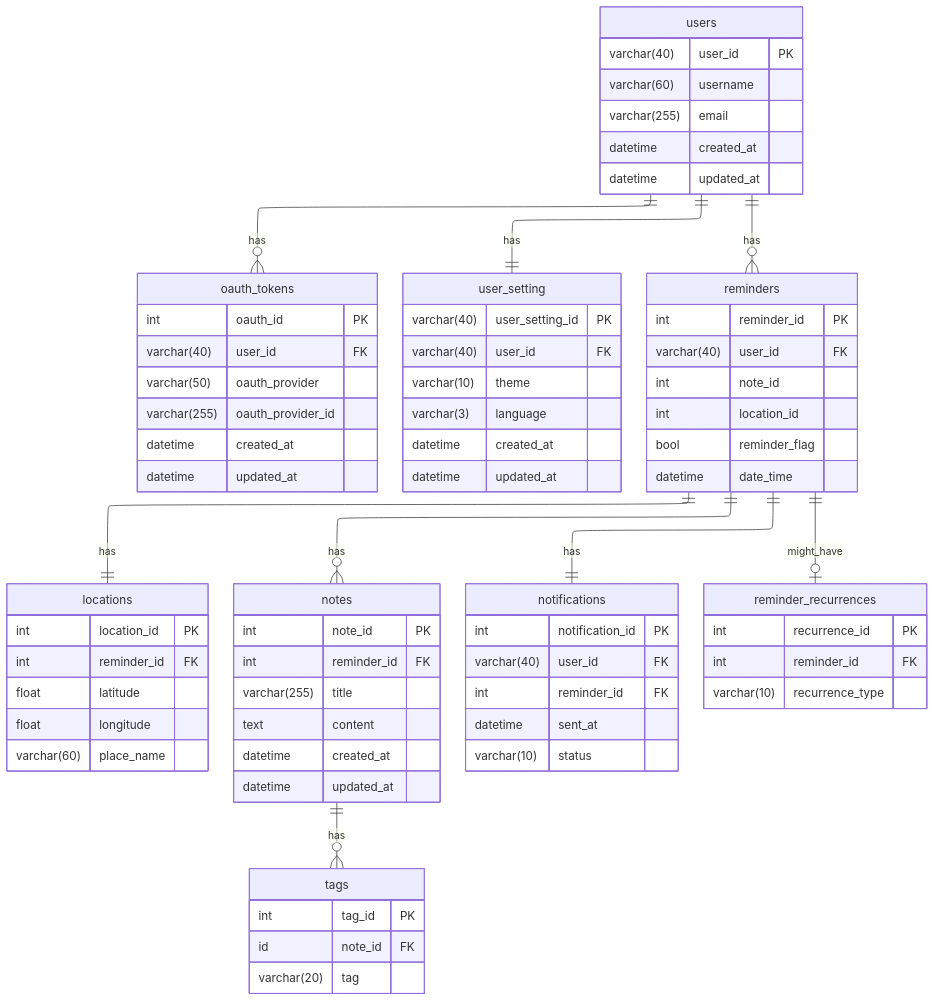
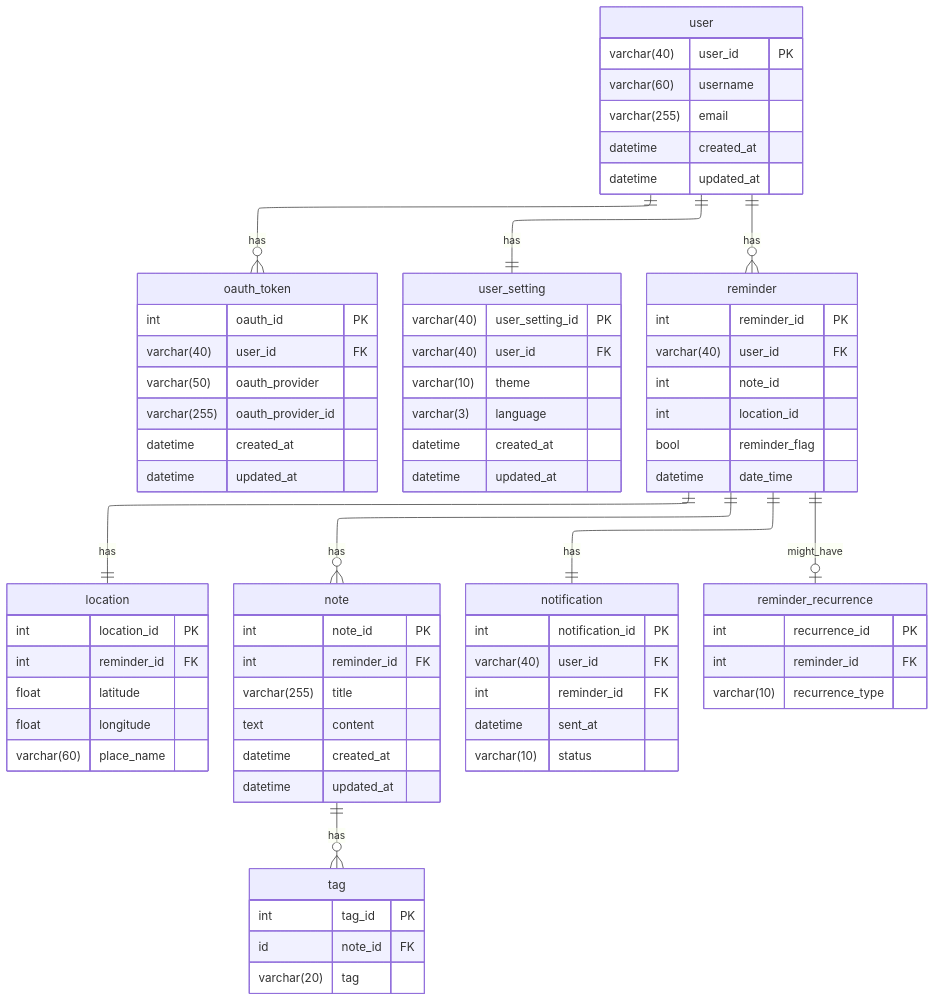
Before and after one commit to MapMinder/mapminder_documents: the diagram in er_diagram.md, drawn with Mermaid.

Commit message:
fix: fixed table names

````diff
--- a/er_diagram.md
+++ b/er_diagram.md
@@ -7,7 +7,7 @@
 ---
 erDiagram
 
-oauth_tokens {
+oauth_token {
     int oauth_id PK
     varchar(40) user_id FK 
     varchar(50) oauth_provider
@@ -25,7 +25,7 @@
     datetime updated_at
 }
 
-users {
+user {
     varchar(40) user_id PK
     varchar(60) username
     varchar(255) email
@@ -33,13 +33,13 @@
     datetime updated_at
 }
 
-tags {
+tag {
     int tag_id PK
     id note_id FK
     varchar(20) tag
 }
 
-locations {
+location {
     int location_id PK
     int reminder_id FK
     float latitude
@@ -47,7 +47,7 @@
     varchar(60) place_name
 }
 
-reminders {
+reminder {
     int reminder_id PK
     varchar(40) user_id FK
     int note_id
@@ -56,7 +56,7 @@
     datetime date_time
 }
 
-notes {
+note {
     int note_id PK
     int reminder_id FK
     varchar(255) title
@@ -65,7 +65,7 @@
     datetime updated_at
 }
 
-notifications {
+notification {
     int notification_id PK
     varchar(40) user_id FK
     int reminder_id FK
@@ -73,18 +73,18 @@
     varchar(10) status
 }
 
-reminder_recurrences {
+reminder_recurrence {
     int recurrence_id PK
     int reminder_id FK
     varchar(10) recurrence_type
 }
 
-users ||--o{ reminders : has
-users ||--o{ oauth_tokens : has
-users ||--|| user_setting : has
-reminders ||--o{ notes : has
-notes ||--o{ tags : has
-reminders ||--|| locations : has
-reminders ||--|| notifications : has
-reminders ||--o| reminder_recurrences : might_have
+user ||--o{ reminder : has
+user ||--o{ oauth_token : has
+user ||--|| user_setting : has
+reminder ||--o{ note : has
+note ||--o{ tag : has
+reminder ||--|| location : has
+reminder ||--|| notification : has
+reminder ||--o| reminder_recurrence : might_have
 ```
````
